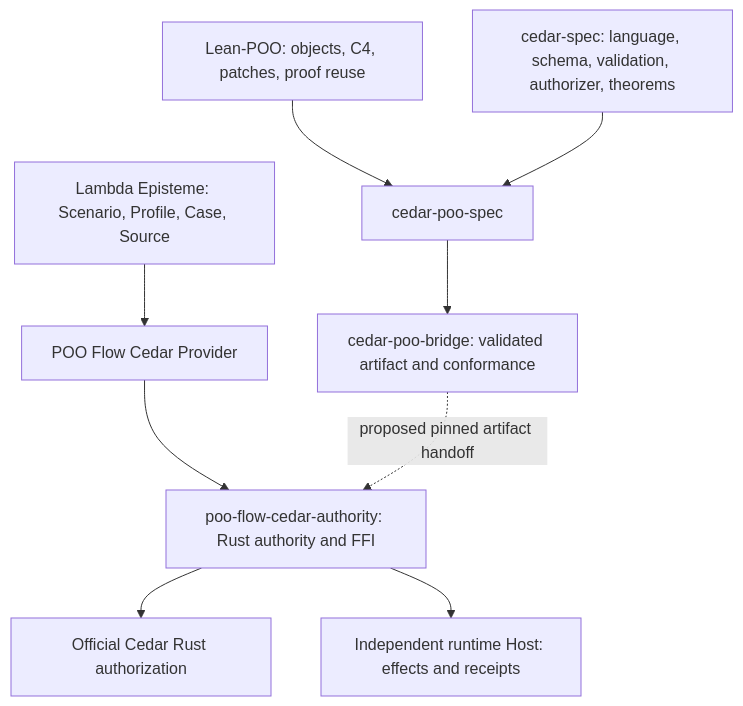
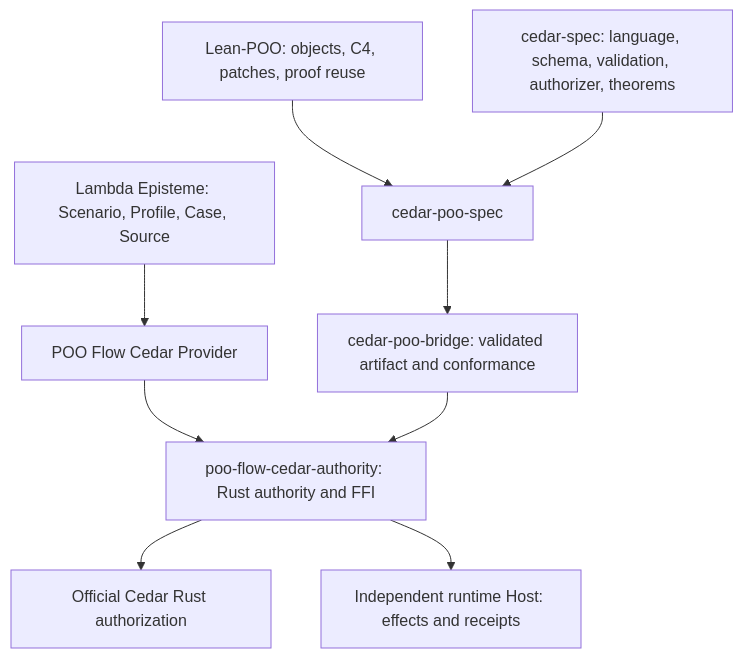
One commit to tao3k/cedar-poo-spec changed the first of 2 diagrams in docs/rfc/0008-composable-control-objects.org. Above: the diagram before and after it, drawn with Mermaid. The commit also changed other lines of this file and 6 other files, not shown here.

Commit message:
Remove duplicate POO Flow conformance crate

```diff
--- a/docs/rfc/0008-composable-control-objects.org
+++ b/docs/rfc/0008-composable-control-objects.org
@@ -44,11 +44,11 @@
 #+begin_src mermaid
 flowchart TD
   L[Lean-POO: objects, C4, patches, proof reuse] --> P[cedar-poo-spec]
   C[cedar-spec: language, schema, validation, authorizer, theorems] --> P
   P --> B[cedar-poo-bridge: validated artifact and conformance]
   V[Lambda Episteme: Scenario, Profile, Case, Source] --> F[POO Flow Cedar Provider]
   F --> A[poo-flow-cedar-authority: Rust authority and FFI]
-  B -. proposed pinned artifact handoff .-> A
+  B --> A
   A --> R[Official Cedar Rust authorization]
   A --> H[Independent runtime Host: effects and receipts]
 #+end_src
```
